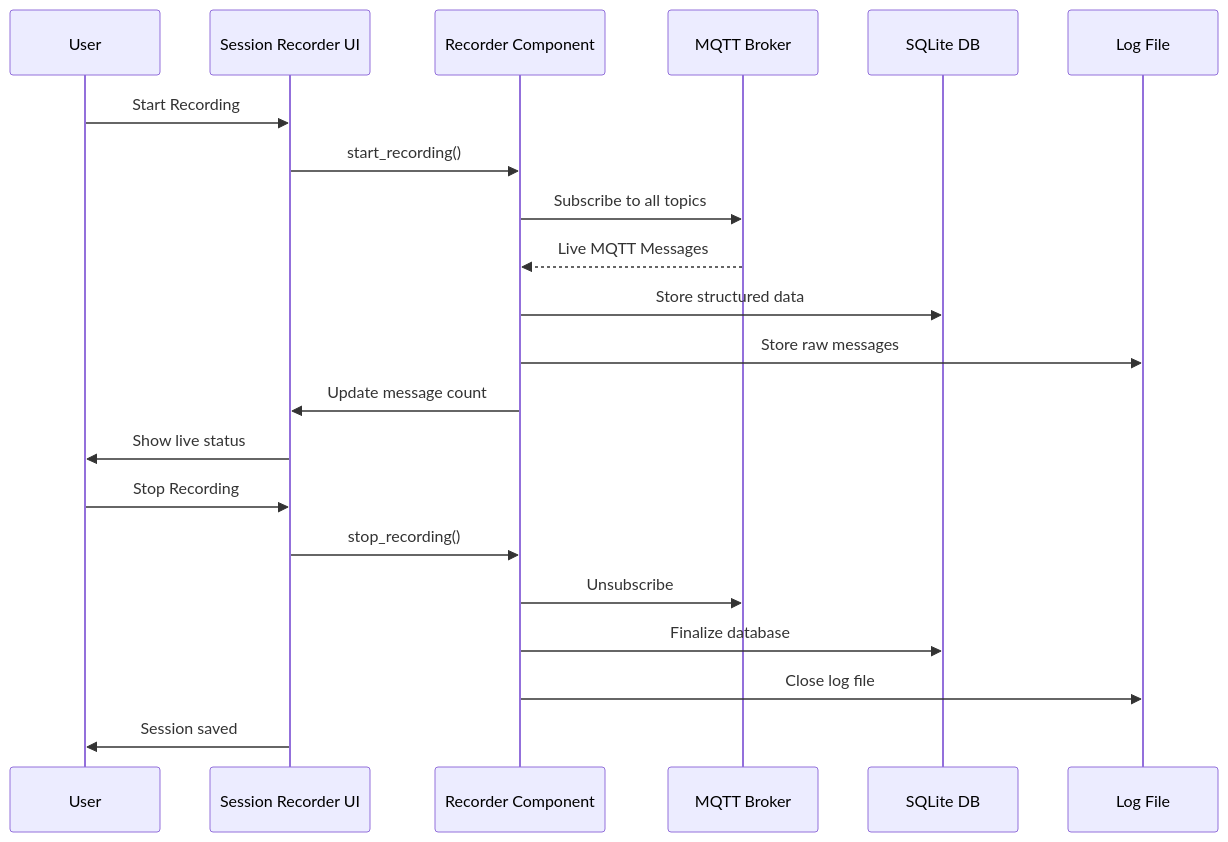
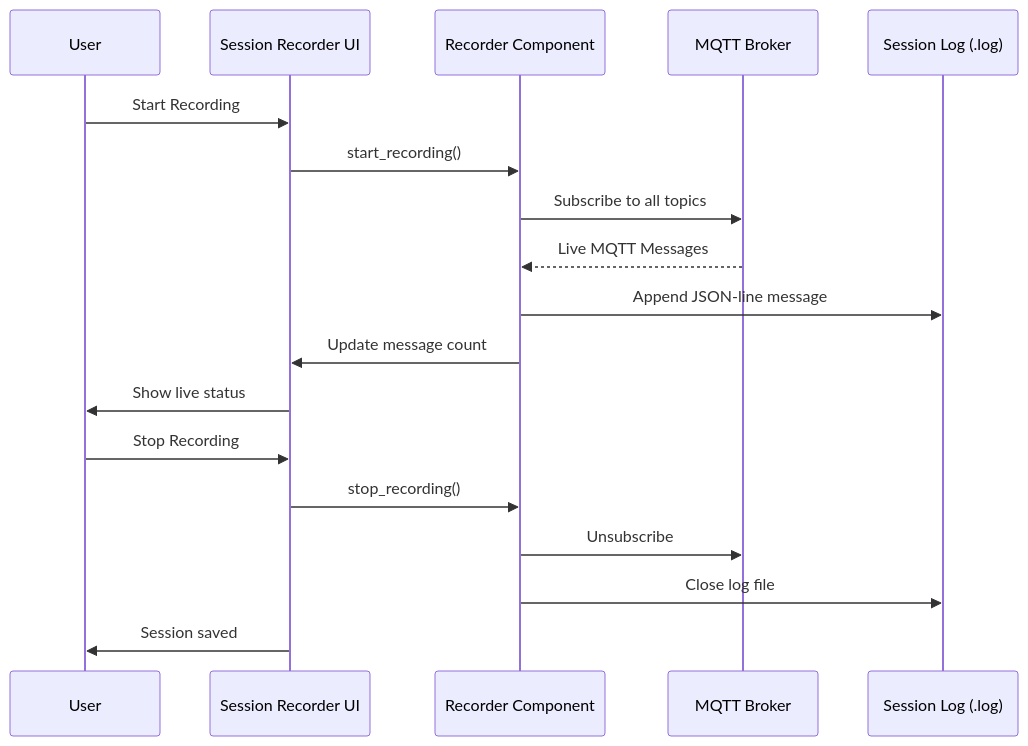
Before and after one commit to OliverBerger-ORBIS/ORBIS-Modellfabrik: the second of 2 diagrams in docs/04-howto/helper_apps/session-manager/session-recorder.md, drawn with Mermaid. The commit also changed other lines of this file and 8 other files, not shown here.

````diff
--- a/docs/04-howto/helper_apps/session-manager/session-recorder.md
+++ b/docs/04-howto/helper_apps/session-manager/session-recorder.md
@@ -57,25 +55,22 @@
 ```mermaid
 sequenceDiagram
     participant U as User
     participant UI as Session Recorder UI
     participant R as Recorder Component
     participant M as MQTT Broker
-    participant DB as SQLite DB
-    participant L as Log File
+    participant L as Session Log (.log)
     
     U->>UI: Start Recording
     UI->>R: start_recording()
     R->>M: Subscribe to all topics
     M-->>R: Live MQTT Messages
-    R->>DB: Store structured data
-    R->>L: Store raw messages
+    R->>L: Append JSON-line message
     R->>UI: Update message count
     UI->>U: Show live status
     
     U->>UI: Stop Recording
     UI->>R: stop_recording()
     R->>M: Unsubscribe
-    R->>DB: Finalize database
     R->>L: Close log file
     UI->>U: Session saved
 ```
````
